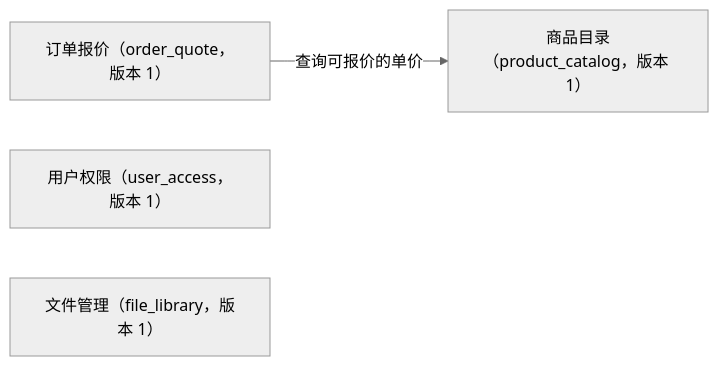
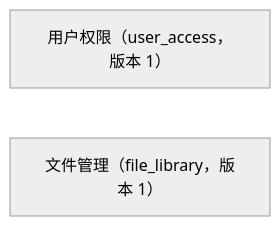
One commit to Xuuuuu04/fastapi-business-template changed the diagram in doc/modules.md. Above: the diagram before and after it, drawn with Mermaid (neutral theme). The commit also changed other lines of this file and 136 other files, not shown here.

````diff
--- a/doc/modules.md
+++ b/doc/modules.md
@@ -12,8 +10,5 @@
 ```mermaid
 flowchart LR
-    m_product_catalog["商品目录（product_catalog，版本 1）"]
-    m_order_quote["订单报价（order_quote，版本 1）"]
     m_user_access["用户权限（user_access，版本 1）"]
     m_file_library["文件管理（file_library，版本 1）"]
-    m_order_quote -->|"查询可报价的单价"| m_product_catalog
 ```
````
